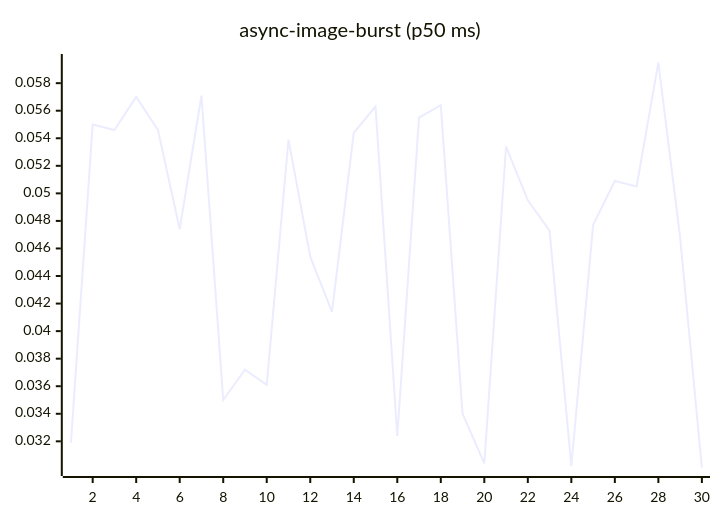
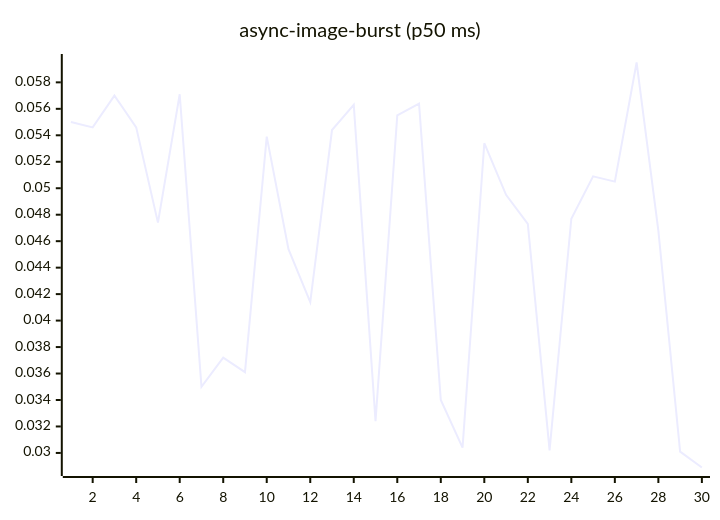
One commit to josha/Facet changed the fourth of 27 diagrams in README.md. Above: the diagram before and after it, drawn with Mermaid. The commit also changed other lines of this file and 2 other files, not shown here.

````diff
--- a/README.md
+++ b/README.md
@@ -84,6 +84,6 @@
 ```mermaid
 xychart-beta
     title "async-image-burst (p50 ms)"
     x-axis 1 --> 30
-    line [0.0319, 0.0550, 0.0546, 0.0570, 0.0546, 0.0474, 0.0571, 0.0350, 0.0372, 0.0361, 0.0539, 0.0454, 0.0414, 0.0544, 0.0563, 0.0324, 0.0555, 0.0564, 0.0340, 0.0304, 0.0534, 0.0495, 0.0473, 0.0302, 0.0477, 0.0509, 0.0505, 0.0595, 0.0468, 0.0301]
+    line [0.0550, 0.0546, 0.0570, 0.0546, 0.0474, 0.0571, 0.0350, 0.0372, 0.0361, 0.0539, 0.0454, 0.0414, 0.0544, 0.0563, 0.0324, 0.0555, 0.0564, 0.0340, 0.0304, 0.0534, 0.0495, 0.0473, 0.0302, 0.0477, 0.0509, 0.0505, 0.0595, 0.0468, 0.0301, 0.0289]
 ```
````
